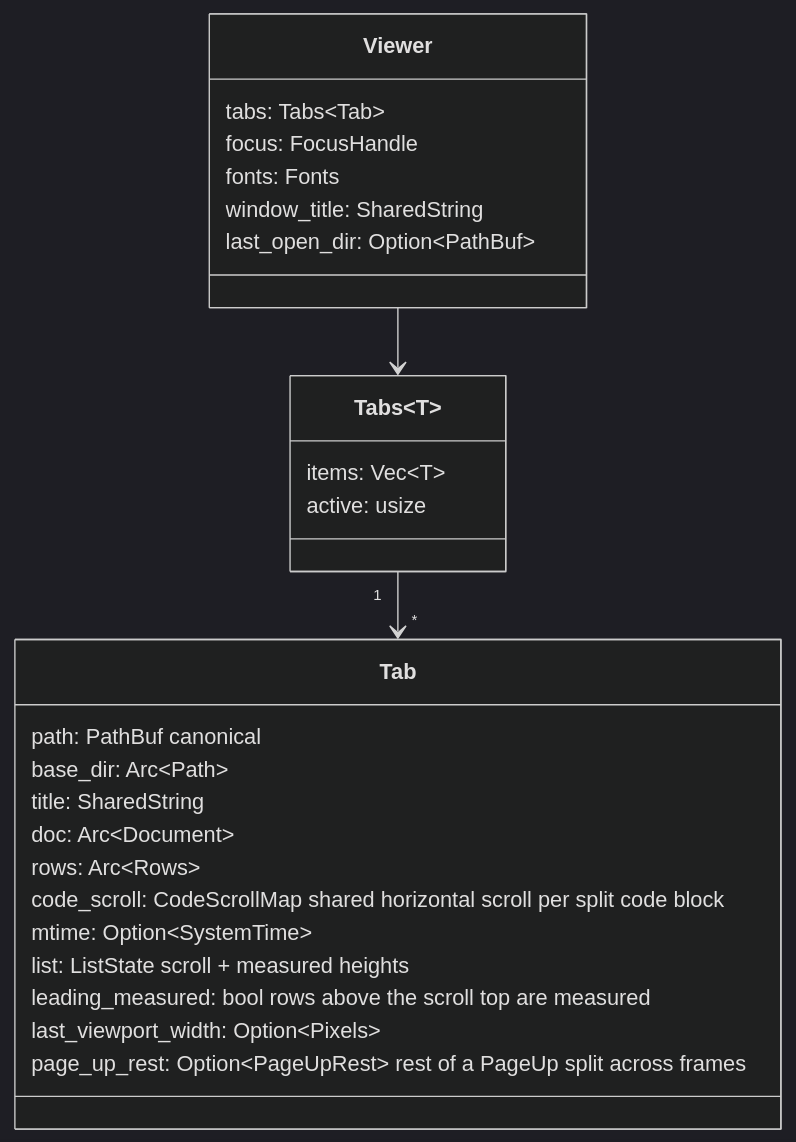
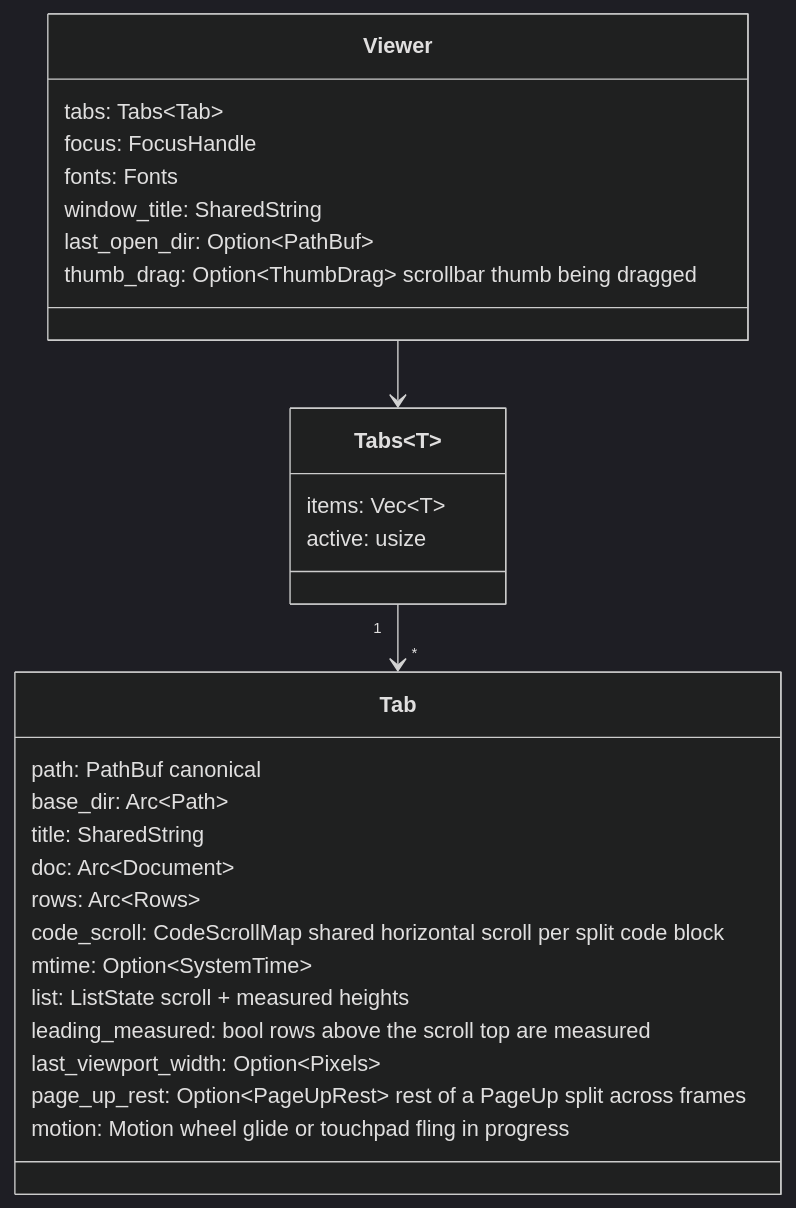
The third of 6 diagrams in docs/architecture.md (JorgeAgar/markdown-viewer-zed), drawn with Mermaid (dark theme) before and after one commit. The commit also changed other lines of this file and 14 other files, not shown here.

First line of the commit message:
Add a scrollbar, smooth wheel scrolling and touchpad flings

````diff
--- a/docs/architecture.md
+++ b/docs/architecture.md
@@ -157,29 +160,31 @@
 ```mermaid
 classDiagram
     class Viewer {
         tabs: Tabs~Tab~
         focus: FocusHandle
         fonts: Fonts
         window_title: SharedString
         last_open_dir: Option~PathBuf~
+        thumb_drag: Option~ThumbDrag~  scrollbar thumb being dragged
     }
     class Tab {
         path: PathBuf  canonical
         base_dir: Arc~Path~
         title: SharedString
         doc: Arc~Document~
         rows: Arc~Rows~
         code_scroll: CodeScrollMap  shared horizontal scroll per split code block
         mtime: Option~SystemTime~
         list: ListState  scroll + measured heights
         leading_measured: bool  rows above the scroll top are measured
         last_viewport_width: Option~Pixels~
         page_up_rest: Option~PageUpRest~  rest of a PageUp split across frames
+        motion: Motion  wheel glide or touchpad fling in progress
     }
     class Tabs~T~ {
         items: Vec~T~
         active: usize
     }
     Viewer --> Tabs
     Tabs "1" --> "*" Tab
 ```
````
